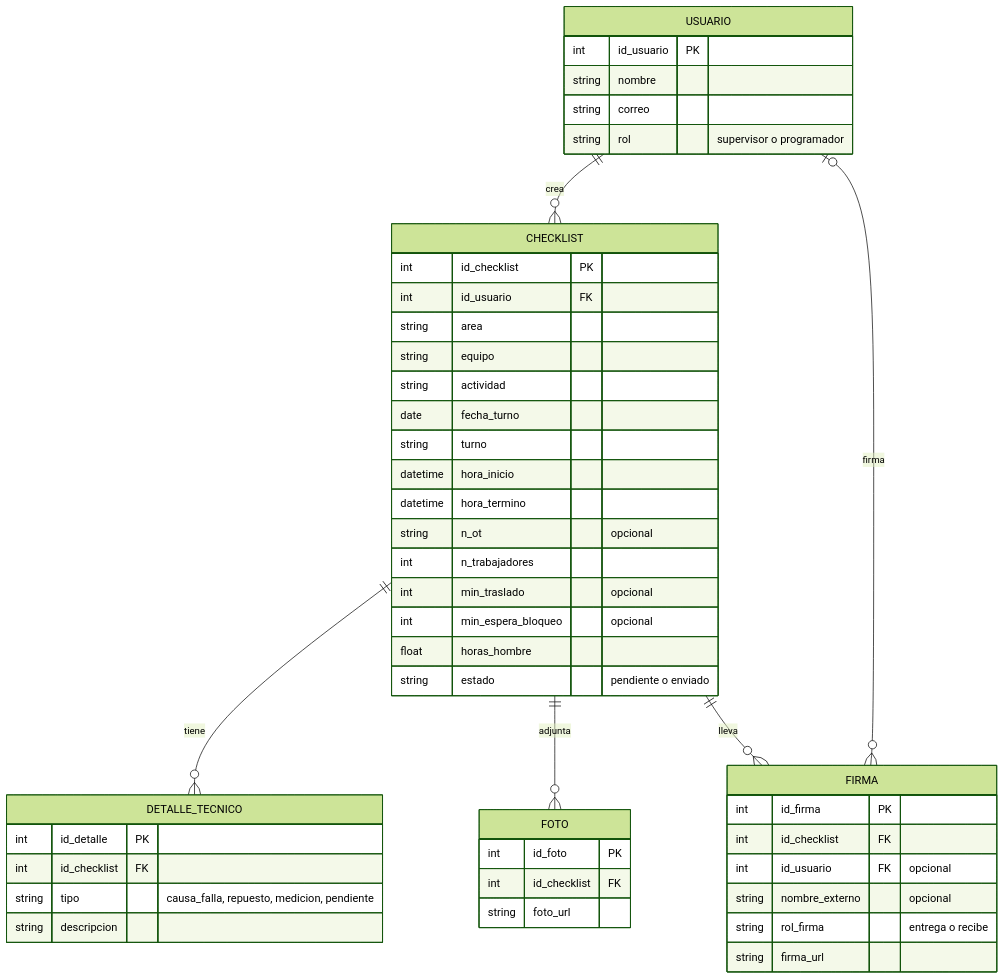
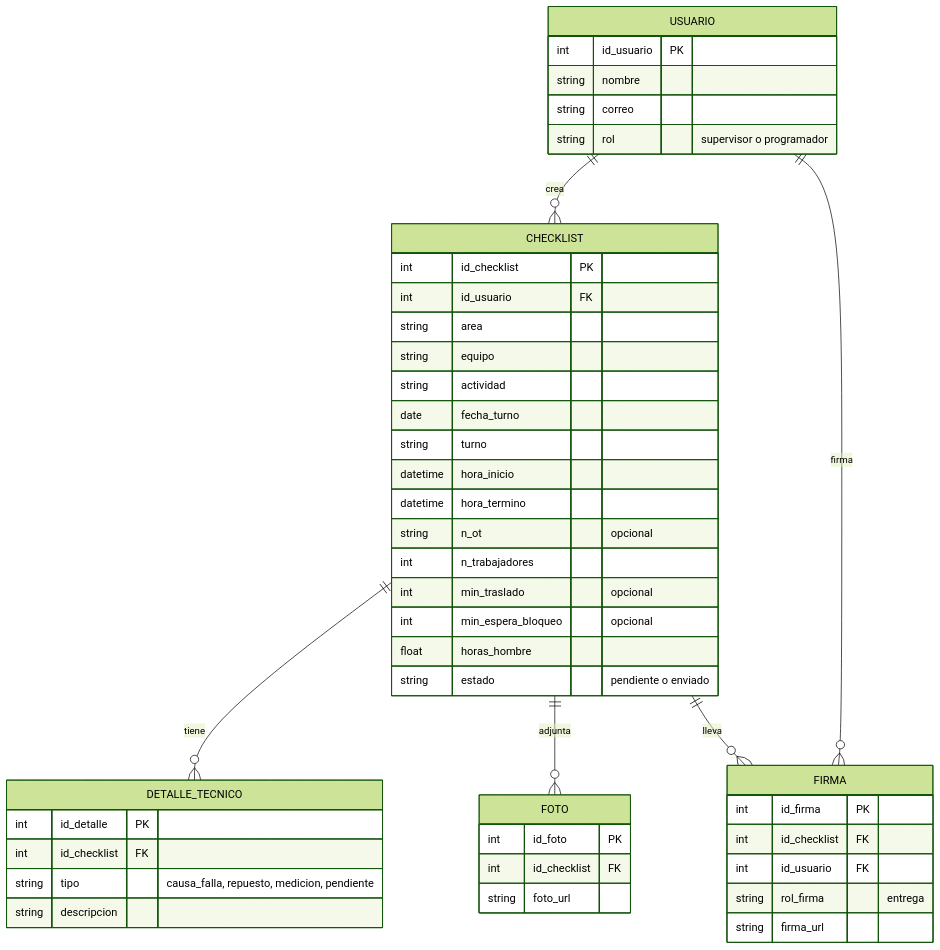
Before and after one commit to aldocastillo-dev/checklist-mantenimiento: the diagram in docs/datos/estructura_datos.md, drawn with Mermaid (forest theme). The commit also changed other lines of this file, not shown here.

````diff
--- a/docs/datos/estructura_datos.md
+++ b/docs/datos/estructura_datos.md
@@ -5,51 +5,50 @@
 ```mermaid
 erDiagram
     USUARIO ||--o{ CHECKLIST : "crea"
-    USUARIO |o--o{ FIRMA : "firma"
+    USUARIO ||--o{ FIRMA : "firma"
     CHECKLIST ||--o{ DETALLE_TECNICO : "tiene"
     CHECKLIST ||--o{ FOTO : "adjunta"
     CHECKLIST ||--o{ FIRMA : "lleva"
 
     USUARIO {
         int id_usuario PK
         string nombre
         string correo
         string rol "supervisor o programador"
     }
     CHECKLIST {
         int id_checklist PK
         int id_usuario FK
         string area
         string equipo
         string actividad
         date fecha_turno
         string turno
         datetime hora_inicio
         datetime hora_termino
         string n_ot "opcional"
         int n_trabajadores
         int min_traslado "opcional"
         int min_espera_bloqueo "opcional"
         float horas_hombre
         string estado "pendiente o enviado"
     }
     DETALLE_TECNICO {
         int id_detalle PK
         int id_checklist FK
         string tipo "causa_falla, repuesto, medicion, pendiente"
         string descripcion
     }
     FOTO {
         int id_foto PK
         int id_checklist FK
         string foto_url
     }
     FIRMA {
         int id_firma PK
         int id_checklist FK
-        int id_usuario FK "opcional"
-        string nombre_externo "opcional"
-        string rol_firma "entrega o recibe"
+        int id_usuario FK
+        string rol_firma "entrega"
         string firma_url
     }
 ```
````
